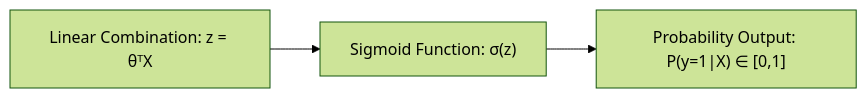
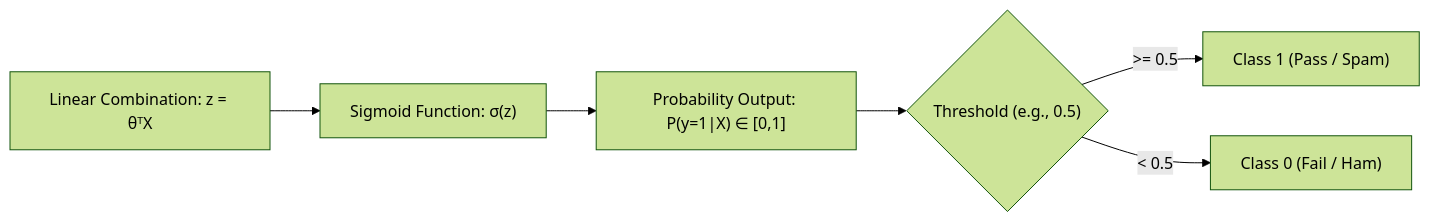
Before and after one commit to vdonthireddy/ai-course: the sixth of 12 diagrams in README.md, drawn with Mermaid (forest theme). The commit also changed other lines of this file and 1 other file, not shown here.

Commit message:
Enhance Module 4 with comprehensive classification models theory, concrete examples, and decision boundaries diagram

````diff
--- a/README.md
+++ b/README.md
@@ -345,5 +350,8 @@
 ```mermaid
 graph LR
     A["Linear Combination: z = θᵀX"] --> B["Sigmoid Function: σ(z)"]
     B --> C["Probability Output: P(y=1|X) ∈ [0,1]"]
+    C --> D{"Threshold (e.g., 0.5)"}
+    D -- ">= 0.5" --> E["Class 1 (Pass / Spam)"]
+    D -- "< 0.5" --> F["Class 0 (Fail / Ham)"]
 ```
````
